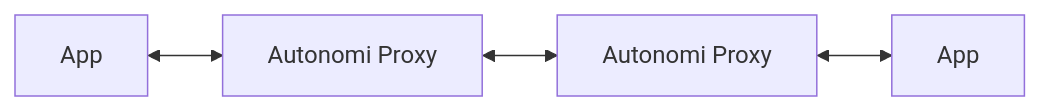
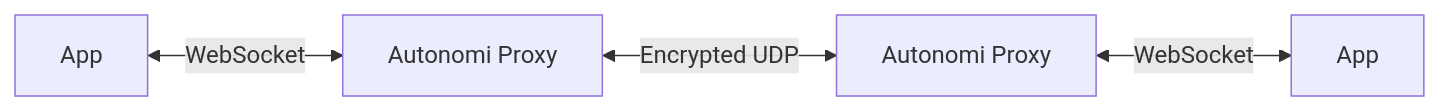
Before and after one commit to rid-dim/friends: the diagram in README.md, drawn with Mermaid.

Commit message:
fix readme mermaid diagramm

````diff
--- a/README.md
+++ b/README.md
@@ -16,6 +16,6 @@
 ```mermaid
 graph LR
-    A[App] <--> B[Autonomi Proxy]
-    B <--> C[Autonomi Proxy]
-    C <--> D[App]
+    A[App] <--> |WebSocket| B[Autonomi Proxy]
+    B <--> |Encrypted UDP| C[Autonomi Proxy]
+    C <--> |WebSocket| D[App]
 ```
````
